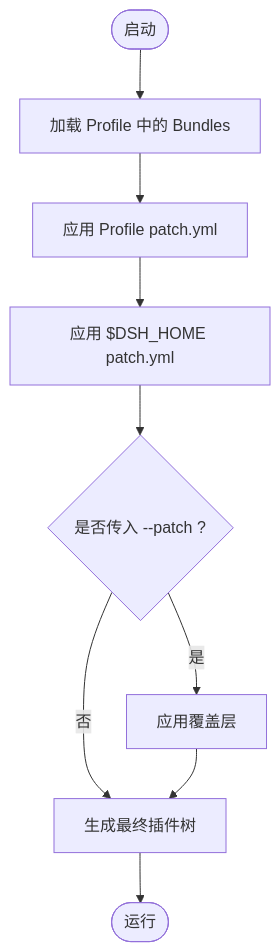
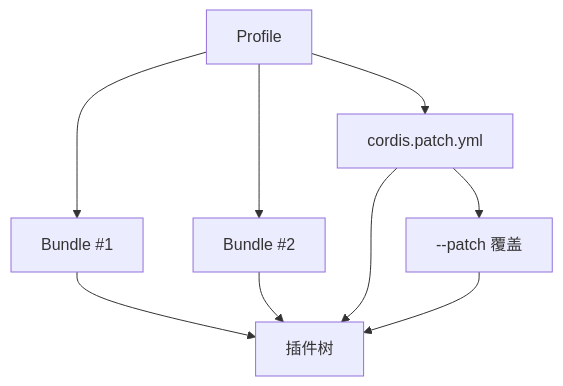
Before and after one commit to gongzili456/deepseek-harness: the fifth of 7 diagrams in .qoder/repowiki/zh/content/项目概览/项目概览.md, drawn with Mermaid. The commit also changed other lines of this file and 1001 other files, not shown here.

````diff
--- a/.qoder/repowiki/zh/content/项目概览/项目概览.md
+++ b/.qoder/repowiki/zh/content/项目概览/项目概览.md
@@ -146,11 +184,11 @@
 ```mermaid
 flowchart TD
-Start(["启动"]) --> LoadBundles["加载 Profile 中的 Bundles"]
-LoadBundles --> ApplyPatch1["应用 Profile patch.yml"]
-ApplyPatch1 --> ApplyPatch2["应用 $DSH_HOME patch.yml"]
-ApplyPatch2 --> ApplyOverlay{"是否传入 --patch ?"}
-ApplyOverlay --> |是| Overlay["应用覆盖层"]
-ApplyOverlay --> |否| Ready["生成最终插件树"]
-Overlay --> Ready
-Ready --> End(["运行"])
+P["Profile"] --> B1["Bundle #1"]
+P --> B2["Bundle #2"]
+P --> Patch["cordis.patch.yml"]
+Patch --> Overlay["--patch 覆盖"]
+B1 --> Tree["插件树"]
+B2 --> Tree
+Patch --> Tree
+Overlay --> Tree
 ```
````
